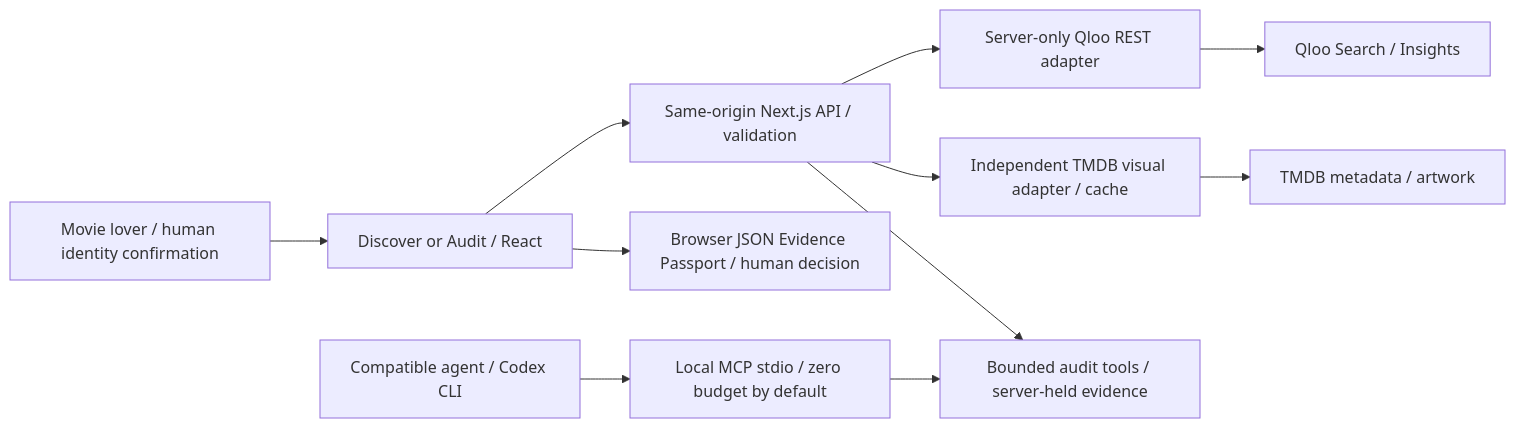
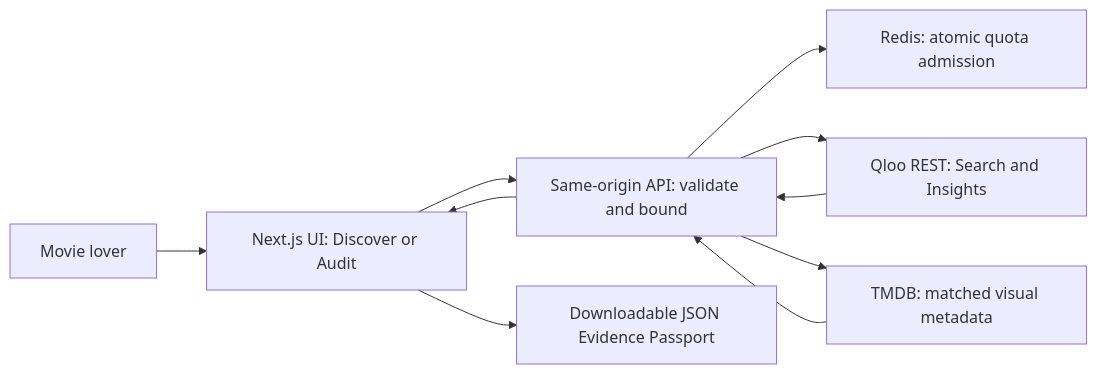
Before and after one commit to jpablortiz96/tasteprobe: the first of 2 diagrams in README.md, drawn with Mermaid. The commit also changed other lines of this file and 22 other files, not shown here.

````diff
--- a/README.md
+++ b/README.md
@@ -77,13 +63,12 @@
 ```mermaid
 flowchart LR
-  Human[Movie lover / human identity confirmation] --> UI[Discover or Audit / React]
-  UI --> API[Same-origin Next.js API / validation]
-  API --> Q[Server-only Qloo REST adapter]
-  Q --> QS[Qloo Search / Insights]
-  API --> T[Independent TMDB visual adapter / cache]
-  T --> TM[TMDB metadata / artwork]
-  API --> Tools[Bounded audit tools / server-held evidence]
-  Agent[Compatible agent / Codex CLI] --> MCP[Local MCP stdio / zero budget by default]
-  MCP --> Tools
-  UI --> Passport[Browser JSON Evidence Passport / human decision]
+  U[Movie lover] --> UI[Next.js UI: Discover or Audit]
+  UI --> API[Same-origin API: validate and bound]
+  API --> R[Redis: atomic quota admission]
+  API --> Q[Qloo REST: Search and Insights]
+  API --> T[TMDB: matched visual metadata]
+  Q --> API
+  T --> API
+  API --> UI
+  UI --> P[Downloadable JSON Evidence Passport]
 ```
````
